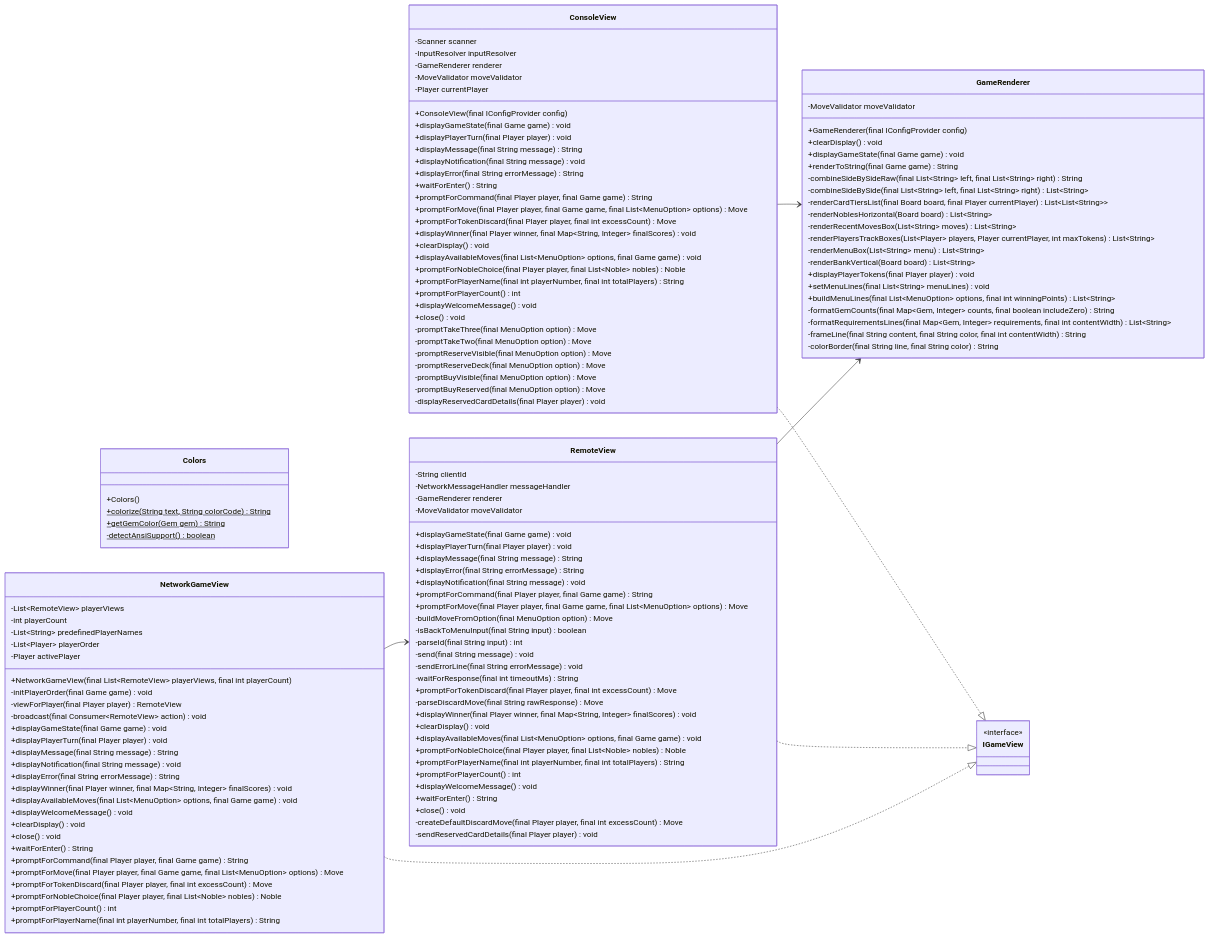
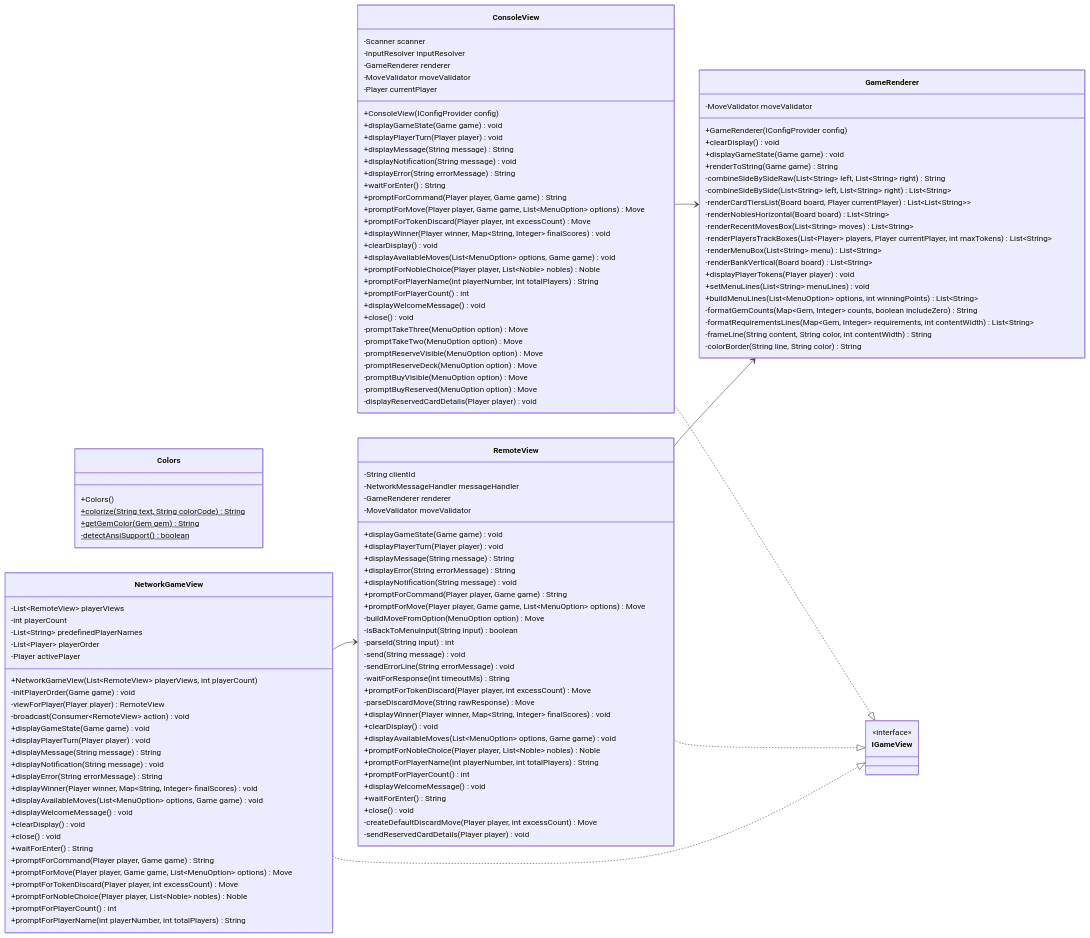
One commit to bryanseah234/playsplendor changed the diagram in docs/diagrams/mermaid/src/view_package.mmd. Above: the diagram before and after it, drawn with Mermaid. The commit also changed 18 other files, not shown here.

```diff
--- a/docs/diagrams/mermaid/src/view_package.mmd
+++ b/docs/diagrams/mermaid/src/view_package.mmd
@@ -1,137 +1,137 @@
 classDiagram
     direction LR
     class Colors {
         +Colors()
         +colorize(String text, String colorCode) String$
         +getGemColor(Gem gem) String$
         -detectAnsiSupport() boolean$
     }
 
     class ConsoleView {
         -Scanner scanner
         -InputResolver inputResolver
         -GameRenderer renderer
         -MoveValidator moveValidator
         -Player currentPlayer
-        +ConsoleView(final IConfigProvider config)
-        +displayGameState(final Game game) void
-        +displayPlayerTurn(final Player player) void
-        +displayMessage(final String message) String
-        +displayNotification(final String message) void
-        +displayError(final String errorMessage) String
+        +ConsoleView(IConfigProvider config)
+        +displayGameState(Game game) void
+        +displayPlayerTurn(Player player) void
+        +displayMessage(String message) String
+        +displayNotification(String message) void
+        +displayError(String errorMessage) String
         +waitForEnter() String
-        +promptForCommand(final Player player, final Game game) String
-        +promptForMove(final Player player, final Game game, final List~MenuOption~ options) Move
-        +promptForTokenDiscard(final Player player, final int excessCount) Move
-        +displayWinner(final Player winner, final Map~String, Integer~ finalScores) void
+        +promptForCommand(Player player, Game game) String
+        +promptForMove(Player player, Game game, List~MenuOption~ options) Move
+        +promptForTokenDiscard(Player player, int excessCount) Move
+        +displayWinner(Player winner, Map~String, Integer~ finalScores) void
         +clearDisplay() void
-        +displayAvailableMoves(final List~MenuOption~ options, final Game game) void
-        +promptForNobleChoice(final Player player, final List~Noble~ nobles) Noble
-        +promptForPlayerName(final int playerNumber, final int totalPlayers) String
+        +displayAvailableMoves(List~MenuOption~ options, Game game) void
+        +promptForNobleChoice(Player player, List~Noble~ nobles) Noble
+        +promptForPlayerName(int playerNumber, int totalPlayers) String
         +promptForPlayerCount() int
         +displayWelcomeMessage() void
         +close() void
-        -promptTakeThree(final MenuOption option) Move
-        -promptTakeTwo(final MenuOption option) Move
-        -promptReserveVisible(final MenuOption option) Move
-        -promptReserveDeck(final MenuOption option) Move
-        -promptBuyVisible(final MenuOption option) Move
-        -promptBuyReserved(final MenuOption option) Move
-        -displayReservedCardDetails(final Player player) void
+        -promptTakeThree(MenuOption option) Move
+        -promptTakeTwo(MenuOption option) Move
+        -promptReserveVisible(MenuOption option) Move
+        -promptReserveDeck(MenuOption option) Move
+        -promptBuyVisible(MenuOption option) Move
+        -promptBuyReserved(MenuOption option) Move
+        -displayReservedCardDetails(Player player) void
     }
 
     ConsoleView ..|> IGameView
     class GameRenderer {
         -MoveValidator moveValidator
-        +GameRenderer(final IConfigProvider config)
+        +GameRenderer(IConfigProvider config)
         +clearDisplay() void
-        +displayGameState(final Game game) void
-        +renderToString(final Game game) String
-        -combineSideBySideRaw(final List~String~ left, final List~String~ right) String
-        -combineSideBySide(final List~String~ left, final List~String~ right) List~String~
-        -renderCardTiersList(final Board board, final Player currentPlayer) List~List~String~~
+        +displayGameState(Game game) void
+        +renderToString(Game game) String
+        -combineSideBySideRaw(List~String~ left, List~String~ right) String
+        -combineSideBySide(List~String~ left, List~String~ right) List~String~
+        -renderCardTiersList(Board board, Player currentPlayer) List~List~String~~
         -renderNoblesHorizontal(Board board) List~String~
         -renderRecentMovesBox(List~String~ moves) List~String~
         -renderPlayersTrackBoxes(List~Player~ players, Player currentPlayer, int maxTokens) List~String~
         -renderMenuBox(List~String~ menu) List~String~
         -renderBankVertical(Board board) List~String~
-        +displayPlayerTokens(final Player player) void
-        +setMenuLines(final List~String~ menuLines) void
-        +buildMenuLines(final List~MenuOption~ options, final int winningPoints) List~String~
-        -formatGemCounts(final Map~Gem, Integer~ counts, final boolean includeZero) String
-        -formatRequirementsLines(final Map~Gem, Integer~ requirements, final int contentWidth) List~String~
-        -frameLine(final String content, final String color, final int contentWidth) String
-        -colorBorder(final String line, final String color) String
+        +displayPlayerTokens(Player player) void
+        +setMenuLines(List~String~ menuLines) void
+        +buildMenuLines(List~MenuOption~ options, int winningPoints) List~String~
+        -formatGemCounts(Map~Gem, Integer~ counts, boolean includeZero) String
+        -formatRequirementsLines(Map~Gem, Integer~ requirements, int contentWidth) List~String~
+        -frameLine(String content, String color, int contentWidth) String
+        -colorBorder(String line, String color) String
     }
 
     class IGameView {
         <<interface>>
     }
 
     class NetworkGameView {
         -List~RemoteView~ playerViews
         -int playerCount
         -List~String~ predefinedPlayerNames
         -List~Player~ playerOrder
         -Player activePlayer
-        +NetworkGameView(final List~RemoteView~ playerViews, final int playerCount)
-        -initPlayerOrder(final Game game) void
-        -viewForPlayer(final Player player) RemoteView
-        -broadcast(final Consumer~RemoteView~ action) void
-        +displayGameState(final Game game) void
-        +displayPlayerTurn(final Player player) void
-        +displayMessage(final String message) String
-        +displayNotification(final String message) void
-        +displayError(final String errorMessage) String
-        +displayWinner(final Player winner, final Map~String, Integer~ finalScores) void
-        +displayAvailableMoves(final List~MenuOption~ options, final Game game) void
+        +NetworkGameView(List~RemoteView~ playerViews, int playerCount)
+        -initPlayerOrder(Game game) void
+        -viewForPlayer(Player player) RemoteView
+        -broadcast(Consumer~RemoteView~ action) void
+        +displayGameState(Game game) void
+        +displayPlayerTurn(Player player) void
+        +displayMessage(String message) String
+        +displayNotification(String message) void
+        +displayError(String errorMessage) String
+        +displayWinner(Player winner, Map~String, Integer~ finalScores) void
+        +displayAvailableMoves(List~MenuOption~ options, Game game) void
         +displayWelcomeMessage() void
         +clearDisplay() void
         +close() void
         +waitForEnter() String
-        +promptForCommand(final Player player, final Game game) String
-        +promptForMove(final Player player, final Game game, final List~MenuOption~ options) Move
-        +promptForTokenDiscard(final Player player, final int excessCount) Move
-        +promptForNobleChoice(final Player player, final List~Noble~ nobles) Noble
+        +promptForCommand(Player player, Game game) String
+        +promptForMove(Player player, Game game, List~MenuOption~ options) Move
+        +promptForTokenDiscard(Player player, int excessCount) Move
+        +promptForNobleChoice(Player player, List~Noble~ nobles) Noble
         +promptForPlayerCount() int
-        +promptForPlayerName(final int playerNumber, final int totalPlayers) String
+        +promptForPlayerName(int playerNumber, int totalPlayers) String
     }
 
     NetworkGameView ..|> IGameView
     class RemoteView {
         -String clientId
         -NetworkMessageHandler messageHandler
         -GameRenderer renderer
         -MoveValidator moveValidator
-        +displayGameState(final Game game) void
-        +displayPlayerTurn(final Player player) void
-        +displayMessage(final String message) String
-        +displayError(final String errorMessage) String
-        +displayNotification(final String message) void
-        +promptForCommand(final Player player, final Game game) String
-        +promptForMove(final Player player, final Game game, final List~MenuOption~ options) Move
-        -buildMoveFromOption(final MenuOption option) Move
-        -isBackToMenuInput(final String input) boolean
-        -parseId(final String input) int
-        -send(final String message) void
-        -sendErrorLine(final String errorMessage) void
-        -waitForResponse(final int timeoutMs) String
-        +promptForTokenDiscard(final Player player, final int excessCount) Move
-        -parseDiscardMove(final String rawResponse) Move
-        +displayWinner(final Player winner, final Map~String, Integer~ finalScores) void
+        +displayGameState(Game game) void
+        +displayPlayerTurn(Player player) void
+        +displayMessage(String message) String
+        +displayError(String errorMessage) String
+        +displayNotification(String message) void
+        +promptForCommand(Player player, Game game) String
+        +promptForMove(Player player, Game game, List~MenuOption~ options) Move
+        -buildMoveFromOption(MenuOption option) Move
+        -isBackToMenuInput(String input) boolean
+        -parseId(String input) int
+        -send(String message) void
+        -sendErrorLine(String errorMessage) void
+        -waitForResponse(int timeoutMs) String
+        +promptForTokenDiscard(Player player, int excessCount) Move
+        -parseDiscardMove(String rawResponse) Move
+        +displayWinner(Player winner, Map~String, Integer~ finalScores) void
         +clearDisplay() void
-        +displayAvailableMoves(final List~MenuOption~ options, final Game game) void
-        +promptForNobleChoice(final Player player, final List~Noble~ nobles) Noble
-        +promptForPlayerName(final int playerNumber, final int totalPlayers) String
+        +displayAvailableMoves(List~MenuOption~ options, Game game) void
+        +promptForNobleChoice(Player player, List~Noble~ nobles) Noble
+        +promptForPlayerName(int playerNumber, int totalPlayers) String
         +promptForPlayerCount() int
         +displayWelcomeMessage() void
         +waitForEnter() String
         +close() void
-        -createDefaultDiscardMove(final Player player, final int excessCount) Move
-        -sendReservedCardDetails(final Player player) void
+        -createDefaultDiscardMove(Player player, int excessCount) Move
+        -sendReservedCardDetails(Player player) void
     }
 
     RemoteView ..|> IGameView
     ConsoleView --> GameRenderer
     NetworkGameView --> RemoteView
     RemoteView --> GameRenderer
```
